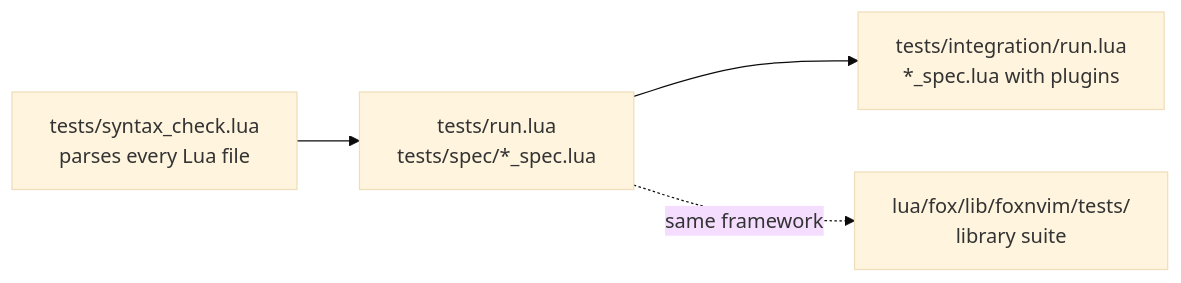
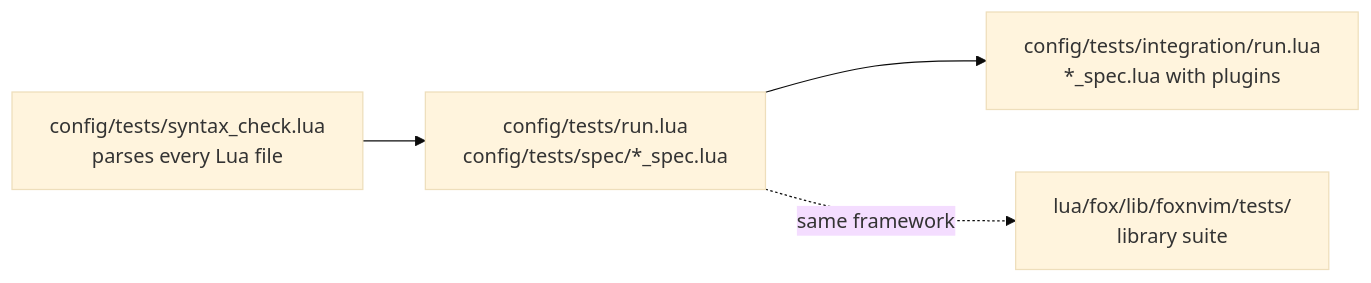
The fifth of 5 diagrams in docs/architecture.md (KristanLaimon/nvim), drawn with Mermaid (base theme) before and after one commit. The commit also changed other lines of this file and 889 other files, not shown here.

````diff
--- a/docs/architecture.md
+++ b/docs/architecture.md
@@ -351,10 +338,10 @@
 ```mermaid
 graph LR
-    SYNTAX["tests/syntax_check.lua<br/>parses every Lua file"]
-    UNIT["tests/run.lua<br/>tests/spec/*_spec.lua"]
-    INTEG["tests/integration/run.lua<br/>*_spec.lua with plugins"]
+    SYNTAX["config/tests/syntax_check.lua<br/>parses every Lua file"]
+    UNIT["config/tests/run.lua<br/>config/tests/spec/*_spec.lua"]
+    INTEG["config/tests/integration/run.lua<br/>*_spec.lua with plugins"]
     FOXNVIM["lua/fox/lib/foxnvim/tests/<br/>library suite"]
 
     SYNTAX --> UNIT --> INTEG
     UNIT -.same framework.-> FOXNVIM
 ```
````
